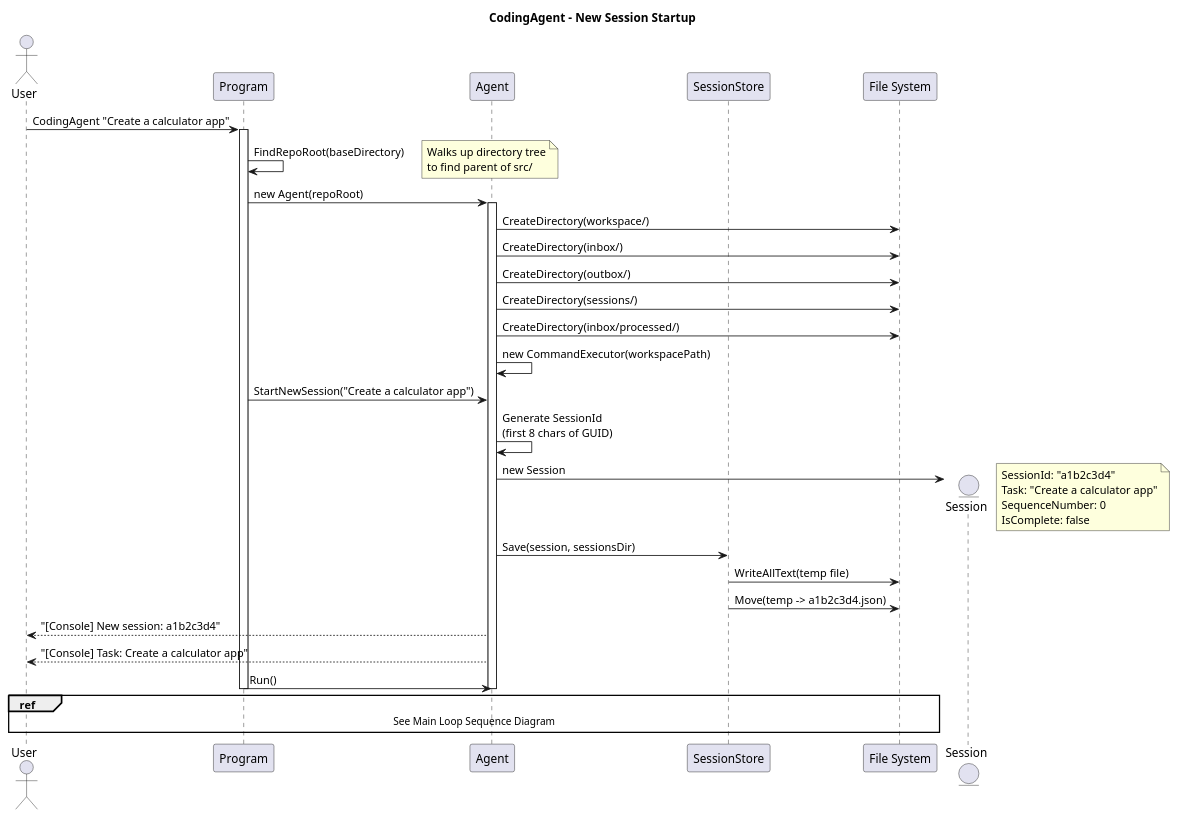
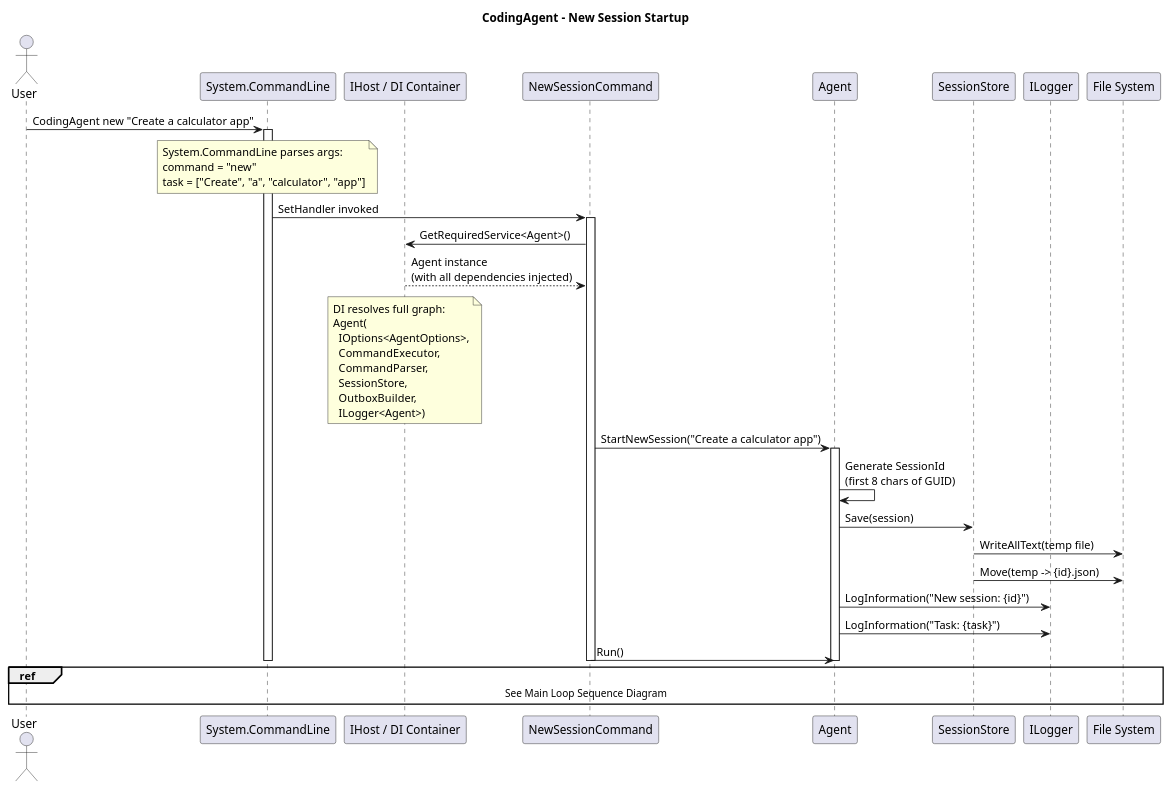
The diagram in docs/diagrams/sequence-new-session.puml (QuinntyneBrown/CodingAgent), drawn with PlantUML before and after one commit. The commit also changed 24 other files, not shown here.

```diff
--- a/docs/diagrams/sequence-new-session.puml
+++ b/docs/diagrams/sequence-new-session.puml
@@ -1,52 +1,58 @@
 @startuml sequence-new-session
 title CodingAgent - New Session Startup
 
 actor User
-participant Program
+participant "System.CommandLine" as CLI
+participant "IHost / DI Container" as DI
+participant "NewSessionCommand" as Cmd
 participant Agent
 participant SessionStore
+participant "ILogger" as Log
 participant "File System" as FS
 
-User -> Program : CodingAgent "Create a calculator app"
-activate Program
+User -> CLI : CodingAgent new "Create a calculator app"
+activate CLI
 
-Program -> Program : FindRepoRoot(baseDirectory)
-note right : Walks up directory tree\nto find parent of src/
+note over CLI
+  System.CommandLine parses args:
+  command = "new"
+  task = ["Create", "a", "calculator", "app"]
+end note
 
-Program -> Agent : new Agent(repoRoot)
+CLI -> Cmd : SetHandler invoked
+activate Cmd
+
+Cmd -> DI : GetRequiredService<Agent>()
+DI --> Cmd : Agent instance\n(with all dependencies injected)
+
+note over DI
+  DI resolves full graph:
+  Agent(
+    IOptions<AgentOptions>,
+    CommandExecutor,
+    CommandParser,
+    SessionStore,
+    OutboxBuilder,
+    ILogger<Agent>)
+end note
+
+Cmd -> Agent : StartNewSession("Create a calculator app")
 activate Agent
-
-Agent -> FS : CreateDirectory(workspace/)
-Agent -> FS : CreateDirectory(inbox/)
-Agent -> FS : CreateDirectory(outbox/)
-Agent -> FS : CreateDirectory(sessions/)
-Agent -> FS : CreateDirectory(inbox/processed/)
-Agent -> Agent : new CommandExecutor(workspacePath)
-
-Program -> Agent : StartNewSession("Create a calculator app")
 
 Agent -> Agent : Generate SessionId\n(first 8 chars of GUID)
 
-create entity Session
-Agent -> Session : new Session
-note right
-  SessionId: "a1b2c3d4"
-  Task: "Create a calculator app"
-  SequenceNumber: 0
-  IsComplete: false
-end note
+Agent -> SessionStore : Save(session)
+SessionStore -> FS : WriteAllText(temp file)
+SessionStore -> FS : Move(temp -> {id}.json)
 
-Agent -> SessionStore : Save(session, sessionsDir)
-SessionStore -> FS : WriteAllText(temp file)
-SessionStore -> FS : Move(temp -> a1b2c3d4.json)
+Agent -> Log : LogInformation("New session: {id}")
+Agent -> Log : LogInformation("Task: {task}")
 
-Agent --> User : "[Console] New session: a1b2c3d4"
-Agent --> User : "[Console] Task: Create a calculator app"
-
-Program -> Agent : Run()
+Cmd -> Agent : Run()
 ref over Agent, User, FS : See Main Loop Sequence Diagram
 
 deactivate Agent
-deactivate Program
+deactivate Cmd
+deactivate CLI
 
 @enduml
```
